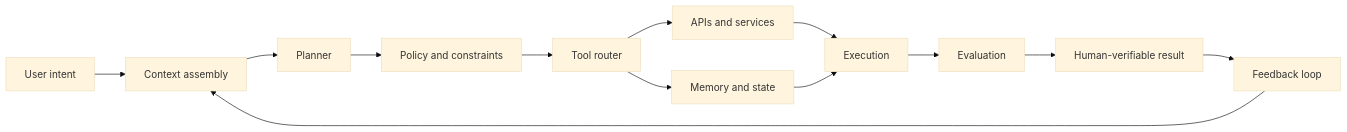
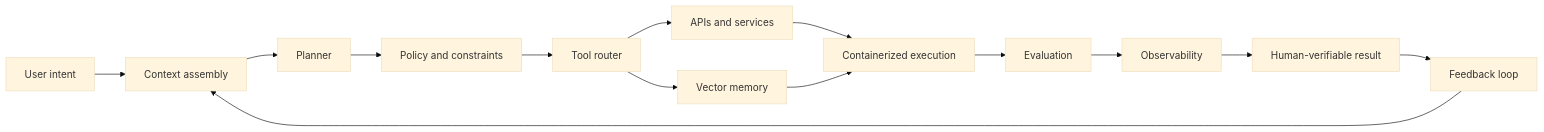
Before and after one commit to koushikreddyvayalpati/koushikreddyvayalpati: the diagram in README.md, drawn with Mermaid (base theme). The commit also changed other lines of this file and 1 other file, not shown here.

Commit message:
Add scaling infrastructure and observability focus

````diff
--- a/README.md
+++ b/README.md
@@ -26,15 +27,16 @@
 ```mermaid
 flowchart LR
     A[User intent] --> B[Context assembly]
     B --> C[Planner]
     C --> D[Policy and constraints]
     D --> E[Tool router]
     E --> F[APIs and services]
-    E --> G[Memory and state]
-    F --> H[Execution]
+    E --> G[Vector memory]
+    F --> H[Containerized execution]
     G --> H
     H --> I[Evaluation]
-    I --> J[Human-verifiable result]
-    J --> K[Feedback loop]
-    K --> B
+    I --> J[Observability]
+    J --> K[Human-verifiable result]
+    K --> L[Feedback loop]
+    L --> B
 ```
````
